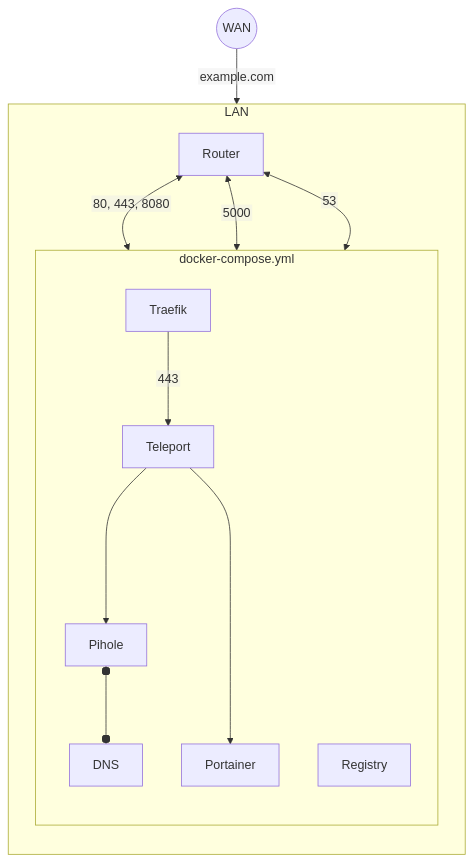
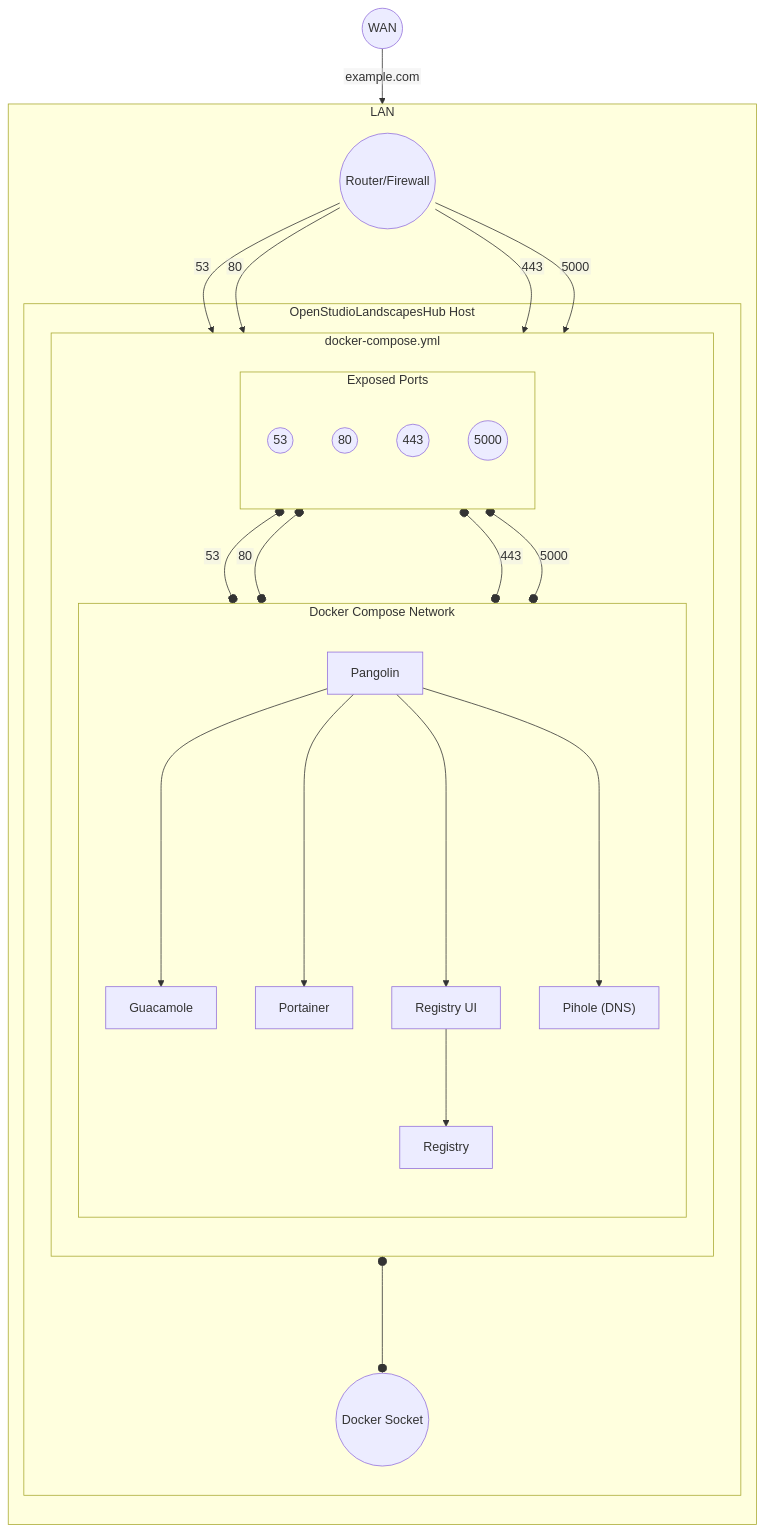
The diagram in README.md (michimussato/OpenStudioLandscapesHub), drawn with Mermaid before and after one commit. The commit also changed other lines of this file, not shown here.

Commit message:
update basic skeleton

````diff
--- a/README.md
+++ b/README.md
@@ -20,36 +58,58 @@
 ```mermaid
 ---
 config:
   flowchart:
     htmlLabels: false
 ---
 flowchart TB
     wan(("`WAN`"))
     %%newLines["`Line1
     %%Line 2
     %%Line 3`"]
     subgraph "LAN"
         direction TB
-        router["`Router`"]
-        subgraph "docker-compose.yml" 
-            direction TB
-            traefik["`Traefik`"]
-            teleport["`Teleport`"]
-            pihole["`Pihole`"]
-            dns["`DNS`"]
-            portainer["`Portainer`"]
-            registry["`Registry`"]
+        router(("`Router/Firewall`"))
+        subgraph "OpenStudioLandscapesHub Host" 
+
+            subgraph "docker-compose.yml" 
+                direction TB
+                
+                subgraph "Exposed Ports"
+                    direction TB
+                    port_53(("53"))
+                    port_80(("80"))
+                    port_443(("443"))
+                    port_5000(("5000"))
+                end
+                
+                subgraph "Docker Compose Network" 
+                    direction TB
+                    pangolin["`Pangolin`"]
+                    guacamole["`Guacamole`"]
+                    pihole["`Pihole (DNS)`"]
+                    portainer["`Portainer`"]
+                    registry["`Registry`"]
+                    registry-ui["`Registry UI`"]
+                end
+                
+            end
+        docker_sock(("`Docker Socket`"))
         end
     end
     
     wan -- example.com --> router
-    router <-- 80, 443, 8080 --> traefik
-    traefik -- 443 --> teleport
-    teleport ---> pihole
-    pihole o--o dns
-    teleport ----> portainer
-    router <-- 5000 --> registry
-    router <-- 53 --> dns
-
-
+    router -- 53 --> port_53
+    router -- 80 --> port_80
+    router -- 443 --> port_443
+    router -- 5000 --> port_5000
+    port_53 o-- 53 --o pihole
+    port_80 o-- 80 --o pangolin
+    port_443 o-- 443 --o pangolin
+    pangolin ----> guacamole
+    pangolin ----> portainer
+    pangolin ----> registry-ui
+    pangolin ----> pihole
+    registry-ui --> registry
+    port_5000 o-- 5000 --o registry
+    portainer o---o docker_sock
 ```
````
